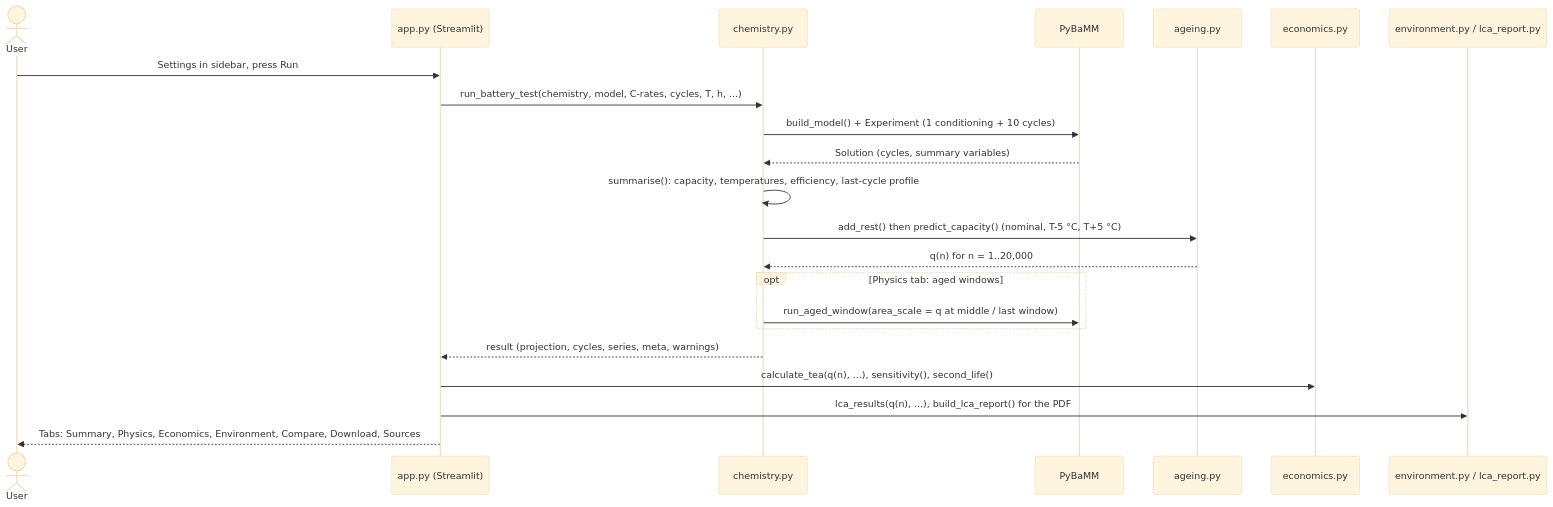
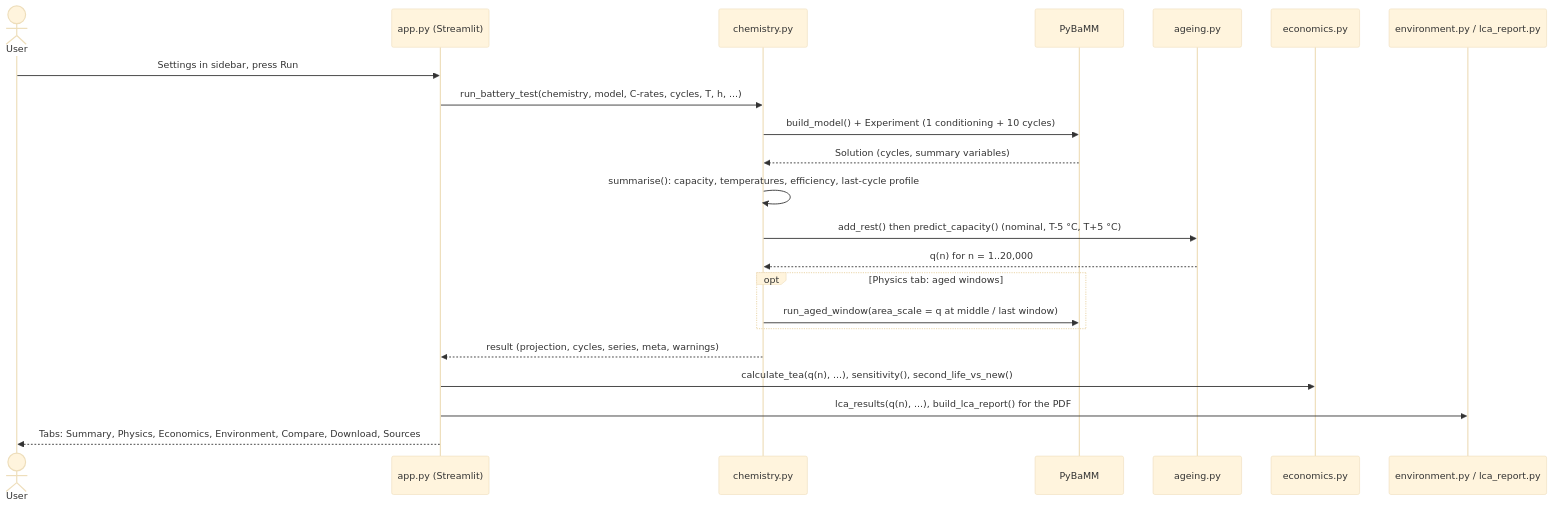
Before and after one commit to TheJohn01/DigitalTwinBattery: the third of 12 diagrams in README.md, drawn with Mermaid (base theme). The commit also changed other lines of this file and 8 other files, not shown here.

````diff
--- a/README.md
+++ b/README.md
@@ -291,24 +291,24 @@
 ```mermaid
 sequenceDiagram
     actor U as User
     participant A as app.py (Streamlit)
     participant C as chemistry.py
     participant P as PyBaMM
     participant G as ageing.py
     participant E as economics.py
     participant L as environment.py / lca_report.py
     U->>A: Settings in sidebar, press Run
     A->>C: run_battery_test(chemistry, model, C-rates, cycles, T, h, ...)
     C->>P: build_model() + Experiment (1 conditioning + 10 cycles)
     P-->>C: Solution (cycles, summary variables)
     C->>C: summarise(): capacity, temperatures, efficiency, last-cycle profile
     C->>G: add_rest() then predict_capacity() (nominal, T-5 °C, T+5 °C)
     G-->>C: q(n) for n = 1..20,000
     opt Physics tab: aged windows
         C->>P: run_aged_window(area_scale = q at middle / last window)
     end
     C-->>A: result (projection, cycles, series, meta, warnings)
-    A->>E: calculate_tea(q(n), ...), sensitivity(), second_life()
+    A->>E: calculate_tea(q(n), ...), sensitivity(), second_life_vs_new()
     A->>L: lca_results(q(n), ...), build_lca_report() for the PDF
     A-->>U: Tabs: Summary, Physics, Economics, Environment, Compare, Download, Sources
 ```
````
